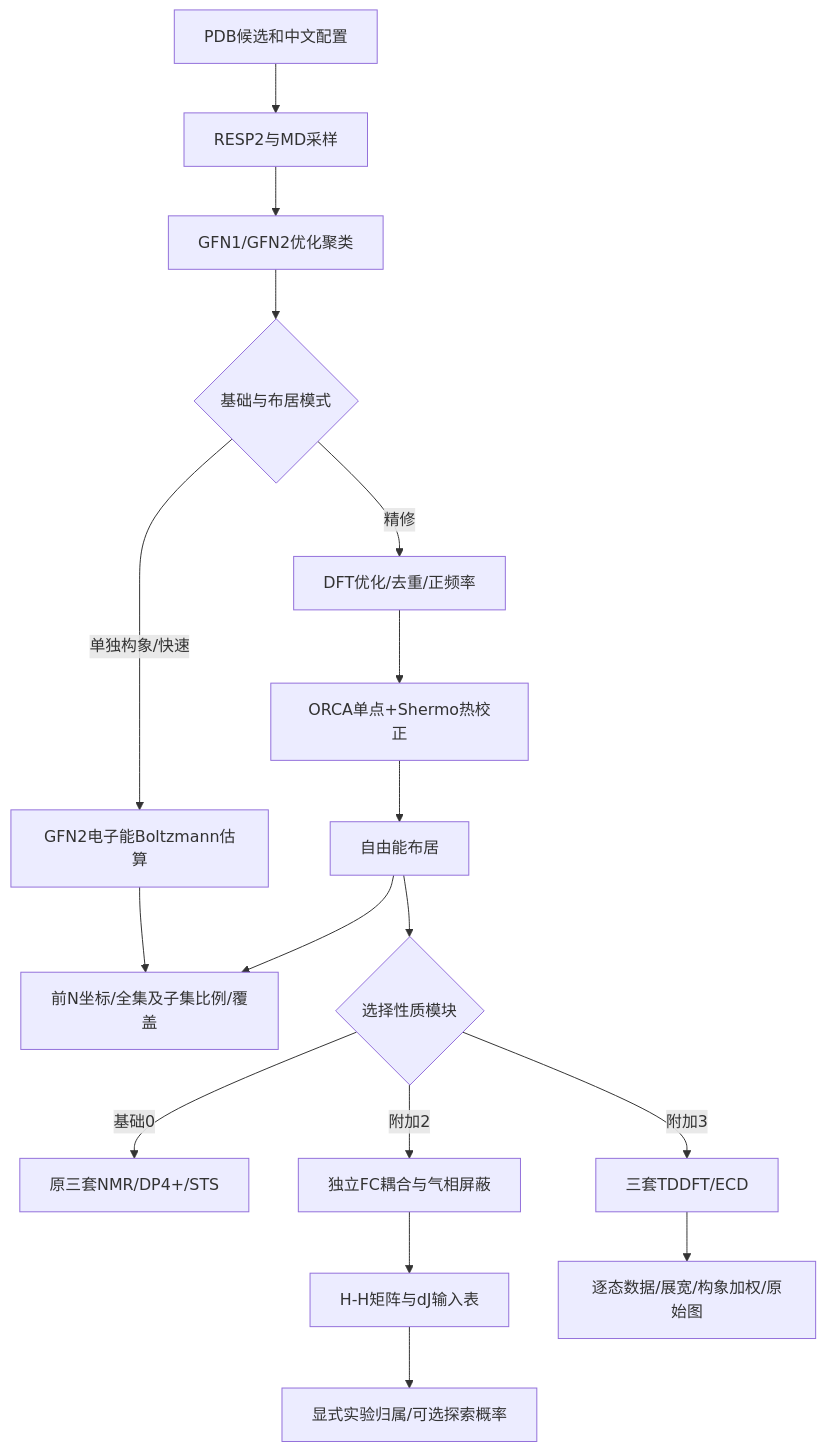
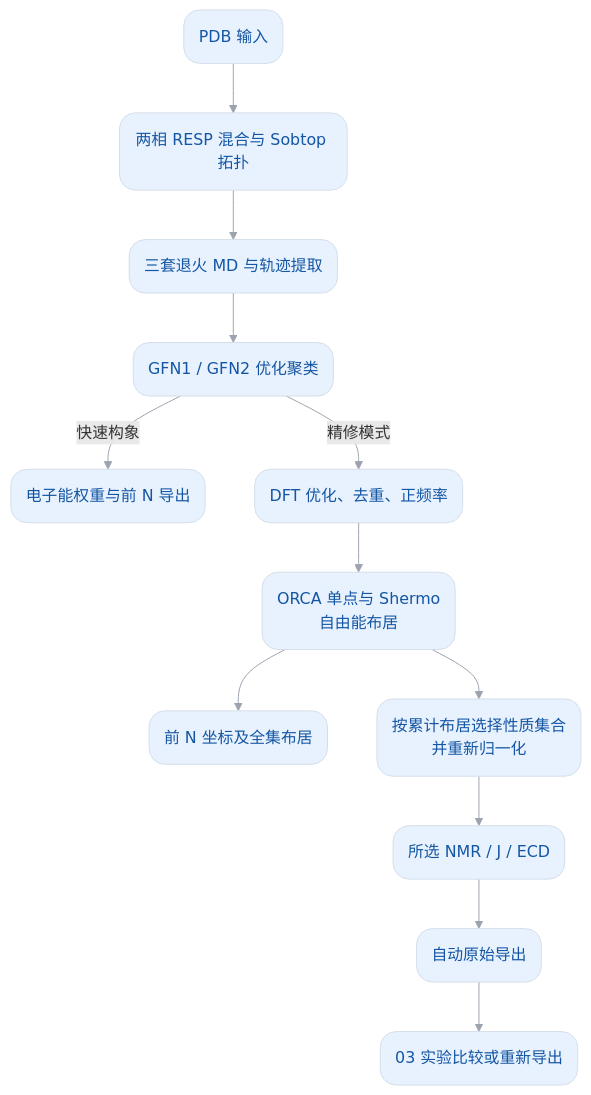
One commit to Zoanthamine/Auto-ConfoNMR changed the diagram in docs/V2_INTERNALS.md. Above: the diagram before and after it, drawn with Mermaid. The commit also changed 4 other files, not shown here.

````diff
--- a/docs/V2_INTERNALS.md
+++ b/docs/V2_INTERNALS.md
@@ -5,19 +5,17 @@
 ```mermaid
 flowchart TD
-  A[PDB候选和中文配置] --> B[RESP2与MD采样]
-  B --> C[GFN1/GFN2优化聚类]
-  C --> D{基础与布居模式}
-  D -->|单独构象/快速| E[GFN2电子能Boltzmann估算]
-  E --> X[前N坐标/全集及子集比例/覆盖]
-  D -->|精修| F[DFT优化/去重/正频率]
-  F --> G[ORCA单点+Shermo热校正]
-  G --> H[自由能布居]
-  H --> X
-  H --> I{选择性质模块}
-  I -->|基础0| J[原三套NMR/DP4+/STS]
-  I -->|附加2| K[独立FC耦合与气相屏蔽]
-  I -->|附加3| L[三套TDDFT/ECD]
-  K --> M[H-H矩阵与dJ输入表]
-  M --> N[显式实验归属/可选探索概率]
-  L --> O[逐态数据/展宽/构象加权/原始图]
+A("PDB 输入") --> B("两相 RESP 混合与 Sobtop 拓扑")
+  B --> C("三套退火 MD 与轨迹提取")
+  C --> D("GFN1 / GFN2 优化聚类")
+  D -->|快速构象| E("电子能权重与前 N 导出")
+  D -->|精修模式| F("DFT 优化、去重、正频率")
+  F --> G("ORCA 单点与 Shermo<br/>自由能布居")
+  G --> H("前 N 坐标及全集布居")
+  G --> I("按累计布居选择性质集合<br/>并重新归一化")
+  I --> J("所选 NMR / J / ECD")
+  J --> K("自动原始导出")
+  K --> L("03 实验比较或重新导出")
+  classDef step fill:#e8f2ff,stroke:#d5dee8,stroke-width:1px,color:#1456a3,rx:16,ry:16;
+  class A,B,C,D,E,F,G,H,I,J,K,L step;
+  linkStyle default stroke:#9ca3af,stroke-width:1px;
 ```
````
